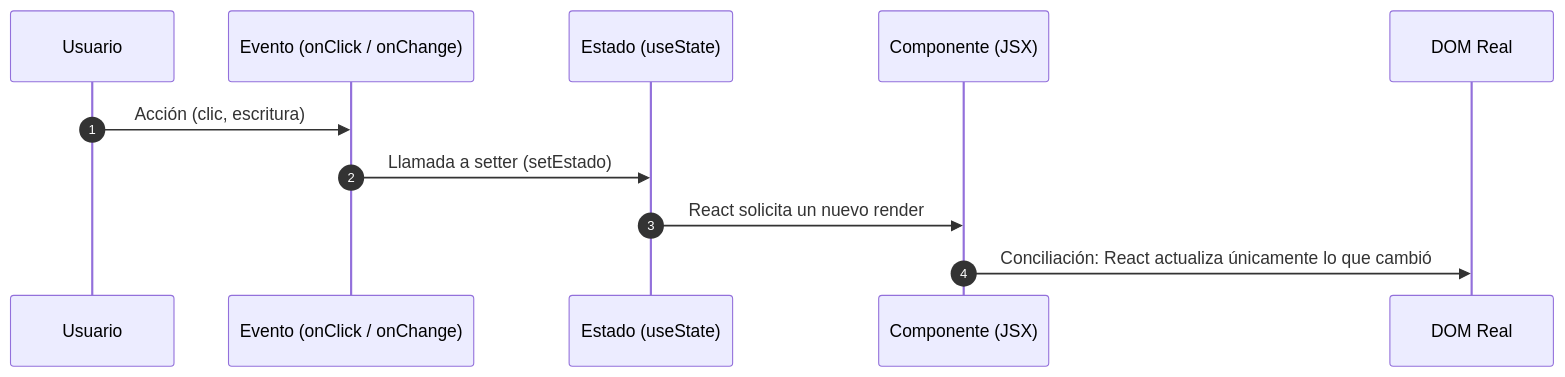
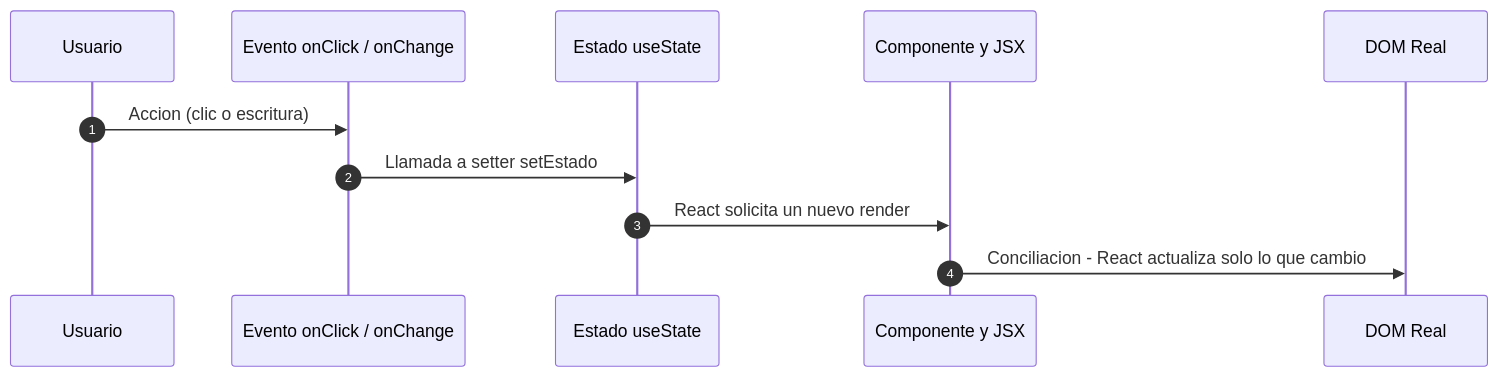
Before and after one commit to LincJ21/Desarrollo_F_Taller_2: the diagram in README.MD, drawn with Mermaid. The commit also changed other lines of this file and 1 other file, not shown here.

Commit message:
corrección de diagrama secuencial

````diff
--- a/README.MD
+++ b/README.MD
@@ -60,13 +59,13 @@
 ```mermaid
 sequenceDiagram
   autonumber
   participant U as Usuario
-  participant E as Evento (onClick / onChange)
-  participant S as Estado (useState)
-  participant C as Componente (JSX)
+  participant E as Evento onClick / onChange
+  participant S as Estado useState
+  participant C as Componente y JSX
   participant D as DOM Real
-  U->>E: Acción (clic, escritura)
-  E->>S: Llamada a setter (setEstado)
+  U->>E: Accion (clic o escritura)
+  E->>S: Llamada a setter setEstado
   S->>C: React solicita un nuevo render
-  C->>D: Conciliación: React actualiza únicamente lo que cambió
+  C->>D: Conciliacion - React actualiza solo lo que cambio
 ```
````
